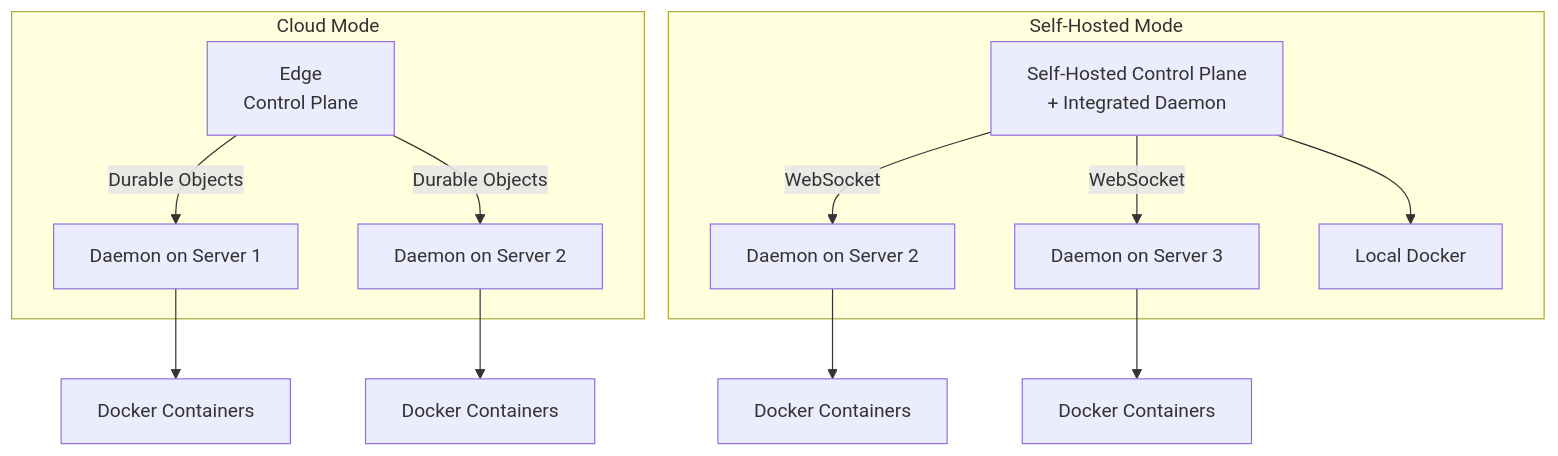
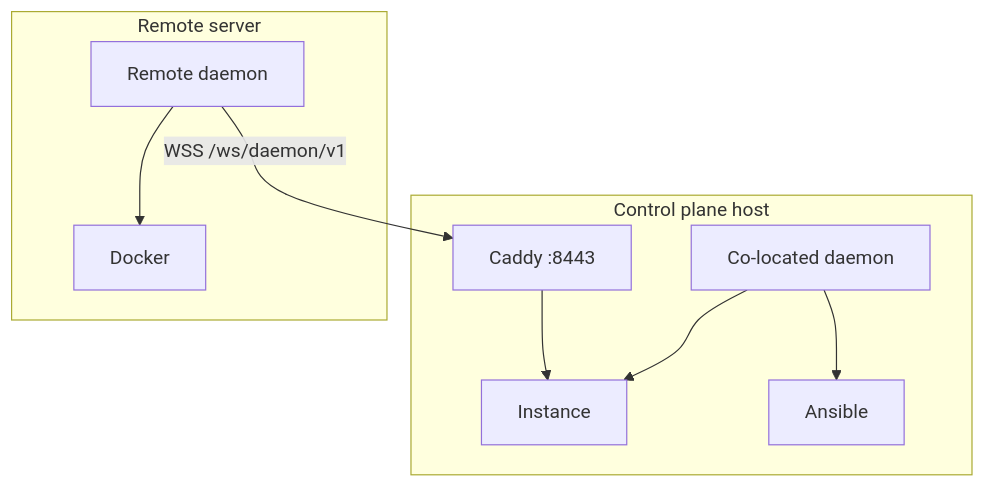
Before and after one commit to TurboPanel/website: the diagram in docs/deployment/daemon-setup.mdx, drawn with Mermaid. The commit also changed other lines of this file and 19 other files, not shown here.

First line of the commit message:
Add redirects in Next.js configuration and update documentation for multi-repo architecture

````diff
--- a/docs/deployment/daemon-setup.mdx
+++ b/docs/deployment/daemon-setup.mdx
@@ -25,18 +25,13 @@
 ```mermaid
 graph TD
-    subgraph "Cloud Mode"
-        A[Edge<br/>Control Plane] -->|Durable Objects| B[Daemon on Server 1]
-        A -->|Durable Objects| C[Daemon on Server 2]
+    subgraph "Control plane host"
+        Caddy["Caddy :8443"] --> Instance
+        CD[Co-located daemon] --> Instance
+        CD --> Ansible
     end
 
-    subgraph "Self-Hosted Mode"
-        D[Self-Hosted Control Plane<br/>+ Integrated Daemon] -->|WebSocket| E[Daemon on Server 2]
-        D -->|WebSocket| F[Daemon on Server 3]
-        D --> G[Local Docker]
+    subgraph "Remote server"
+        RD[Remote daemon] -->|WSS /ws/daemon/v1| Caddy
+        RD --> Docker[Docker]
     end
-
-    B --> H[Docker Containers]
-    C --> I[Docker Containers]
-    E --> J[Docker Containers]
-    F --> K[Docker Containers]
 ```
````
